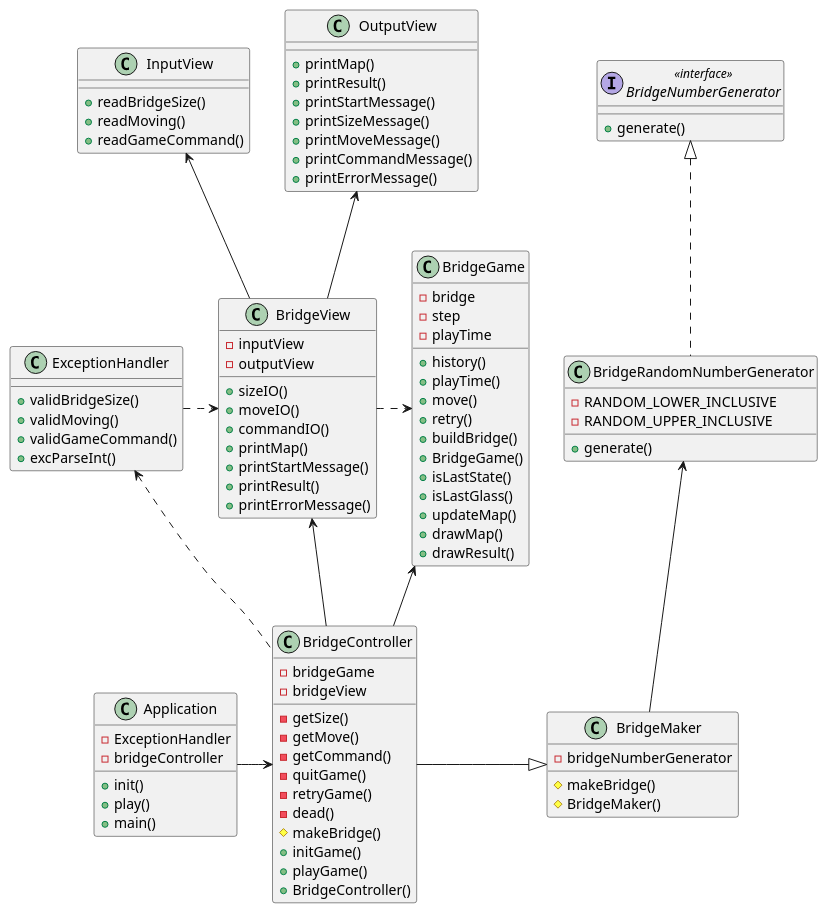
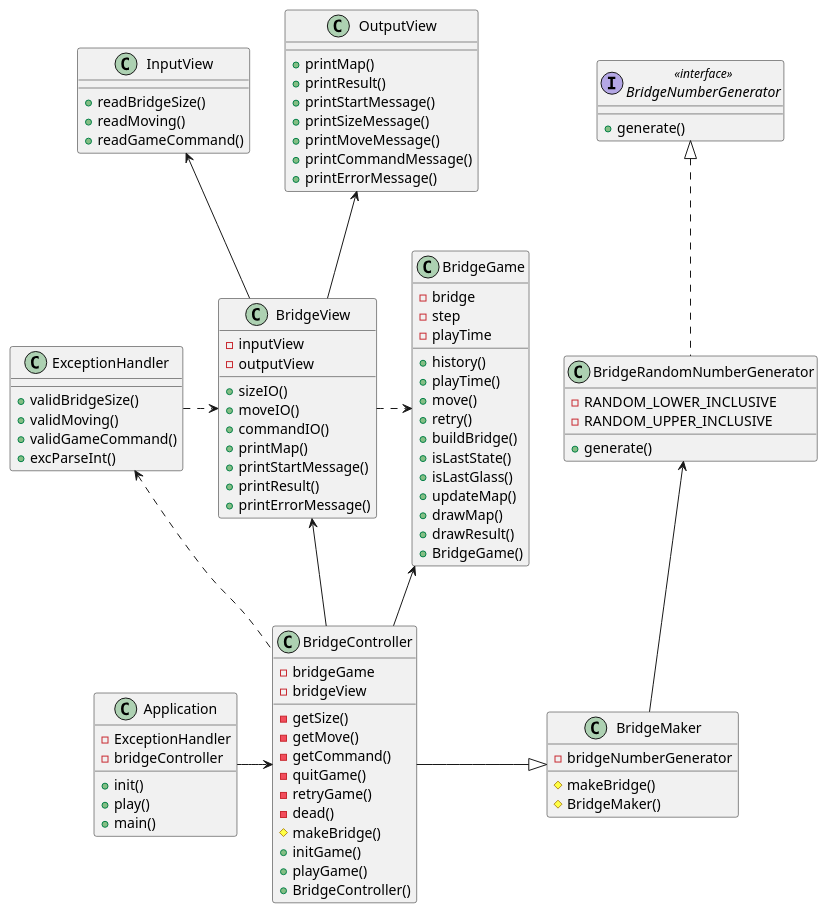
Before and after one commit to woowacourse-precourse/java-bridge: the diagram in docs/bridgeUML.puml, drawn with PlantUML. The commit also changed other lines of this file and 3 other files, not shown here.

First line of the commit message:
refactor(main/java/bridge/view): OutputView.java 내 print를 제외한 Map/Result 관련 함수를 BridgeGame.java로 이동

```diff
--- a/docs/bridgeUML.puml
+++ b/docs/bridgeUML.puml
@@ -1,126 +1,126 @@
 @startuml
 
 class ExceptionHandler
 class BridgeGame
 class BridgeController
 class BridgeMaker
 class BridgeNumberGenerator
 class BridgeRandomNumberGenerator
 class InputView
 class OutputView
 class Application
 
 
 BridgeController -up-> BridgeGame
 
 BridgeController -up-> BridgeView
 BridgeController -right-|> BridgeMaker
 
 
 BridgeView -up-> OutputView
 BridgeView -up-> InputView
 
 BridgeRandomNumberGenerator .up.|> BridgeNumberGenerator
 BridgeMaker -up-> BridgeRandomNumberGenerator
 
 Application -right-> BridgeController
 ExceptionHandler .right.> BridgeView
 BridgeController .up.> ExceptionHandler
 BridgeView .right.> BridgeGame
 
 
 class Application{
     - ExceptionHandler
     - bridgeController
     + init()
     + play()
     + main()
 }
 
 class BridgeGame{
     - bridge
     - step
     - playTime
     + history()
     + playTime()
     + move()
     + retry()
     + buildBridge()
-    + BridgeGame()
     + isLastState()
     + isLastGlass()
     + updateMap()
     + drawMap()
     + drawResult()
+    + BridgeGame()
 }
 
 class BridgeController{
     - bridgeGame
     - bridgeView
 
     - getSize()
     - getMove()
     - getCommand()
     - quitGame()
     - retryGame()
     - dead()
     # makeBridge()
     + initGame()
     + playGame()
     + BridgeController()
 }
 
 class BridgeMaker{
     - bridgeNumberGenerator
     # makeBridge()
     # BridgeMaker()
 }
 
 interface BridgeNumberGenerator <<interface>>{
     + generate()
 }
 
 class BridgeRandomNumberGenerator{
     - RANDOM_LOWER_INCLUSIVE
     - RANDOM_UPPER_INCLUSIVE
     + generate()
 }
 
 class BridgeView{
     - inputView
     - outputView
     + sizeIO()
     + moveIO()
     + commandIO()
     + printMap()
     + printStartMessage()
     + printResult()
     + printErrorMessage()
 }
 
 class InputView{
     + readBridgeSize()
     + readMoving()
     + readGameCommand()
 }
 
 class OutputView{
     + printMap()
     + printResult()
     + printStartMessage()
     + printSizeMessage()
     + printMoveMessage()
     + printCommandMessage()
     + printErrorMessage()
 }
 
 class ExceptionHandler{
     + validBridgeSize()
     + validMoving()
     + validGameCommand()
     + excParseInt()
 }
 
 
 
 @enduml
```
